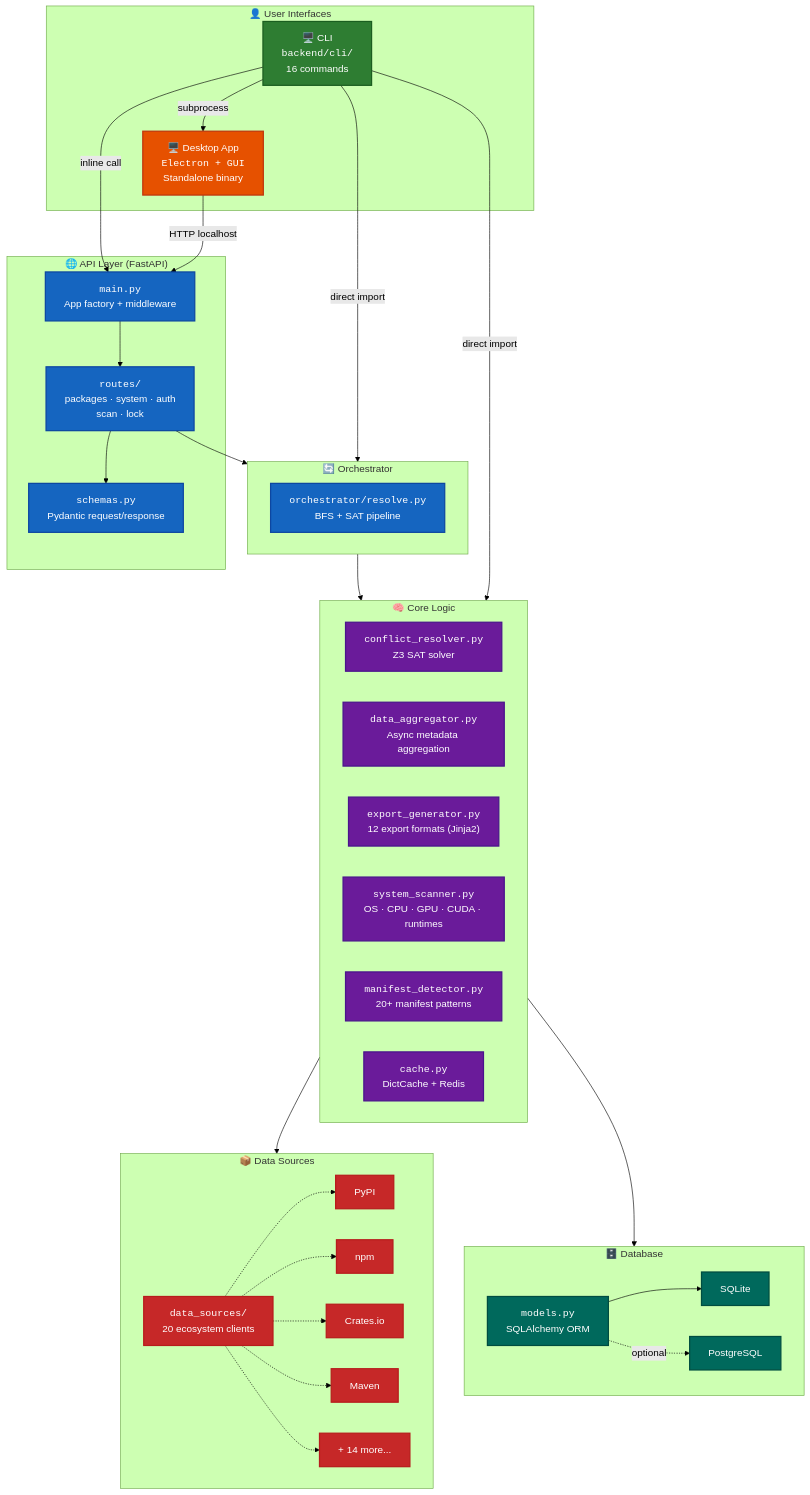
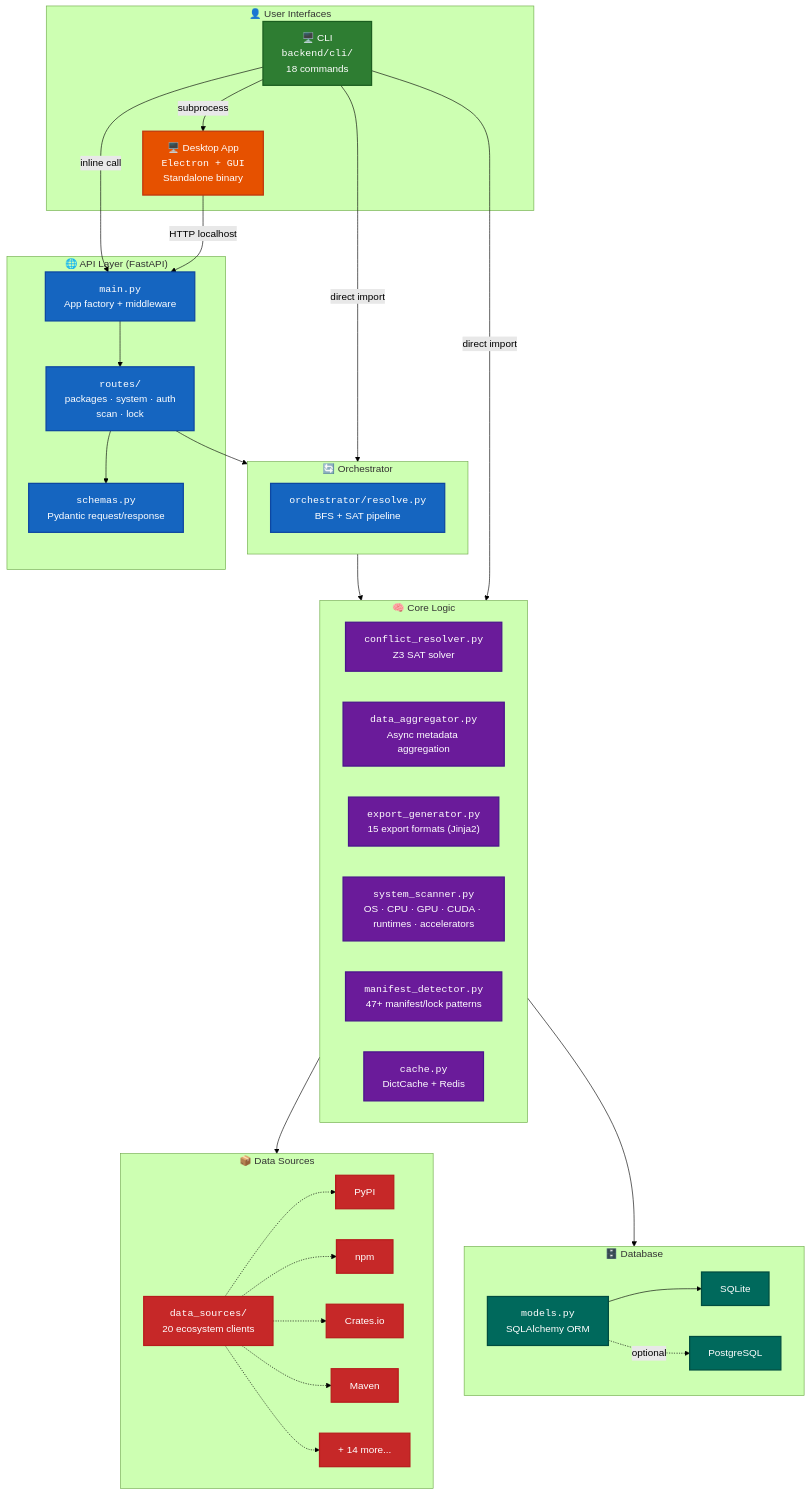
Before and after one commit to code-with-zeeshan/universal-dependency-resolver: the first of 3 diagrams in docs/ARCHITECTURE.md, drawn with Mermaid (forest theme). The commit also changed other lines of this file and 50 other files, not shown here.

First line of the commit message:
Add API routes for index management and shell completion; fix generate-lock export chaining

````diff
--- a/docs/ARCHITECTURE.md
+++ b/docs/ARCHITECTURE.md
@@ -3,67 +3,67 @@
 ```mermaid
 graph TB
     subgraph UserLayer["👤 User Interfaces"]
-        CLI["🖥️ CLI<br/><code>backend/cli/</code><br/>16 commands"]:::cli
+        CLI["🖥️ CLI<br/><code>backend/cli/</code><br/>18 commands"]:::cli
         DESKTOP["🖥️ Desktop App<br/><code>Electron + GUI</code><br/>Standalone binary"]:::desktop
     end
 
     subgraph APILayer["🌐 API Layer (FastAPI)"]
         API_MAIN["<code>main.py</code><br/>App factory + middleware"]:::api
         ROUTES["<code>routes/</code><br/>packages · system · auth<br/>scan · lock"]:::api
         SCHEMAS["<code>schemas.py</code><br/>Pydantic request/response"]:::api
     end
 
     subgraph OrchestratorLayer["🔄 Orchestrator"]
         ORCH["<code>orchestrator/resolve.py</code><br/>BFS + SAT pipeline"]:::api
     end
 
     subgraph CoreLayer["🧠 Core Logic"]
         CR["<code>conflict_resolver.py</code><br/>Z3 SAT solver"]:::core
         DA["<code>data_aggregator.py</code><br/>Async metadata aggregation"]:::core
-        EG["<code>export_generator.py</code><br/>12 export formats (Jinja2)"]:::core
-        SS["<code>system_scanner.py</code><br/>OS · CPU · GPU · CUDA · runtimes"]:::core
-        MD["<code>manifest_detector.py</code><br/>20+ manifest patterns"]:::core
+        EG["<code>export_generator.py</code><br/>15 export formats (Jinja2)"]:::core
+        SS["<code>system_scanner.py</code><br/>OS · CPU · GPU · CUDA · runtimes · accelerators"]:::core
+        MD["<code>manifest_detector.py</code><br/>47+ manifest/lock patterns"]:::core
         CACHE["<code>cache.py</code><br/>DictCache + Redis"]:::core
     end
 
     subgraph DataLayer["📦 Data Sources"]
         DS_CLIENTS["<code>data_sources/</code><br/>20 ecosystem clients"]:::data
         PYPI["PyPI"]:::data
         NPM["npm"]:::data
         CRATES["Crates.io"]:::data
         MAVEN["Maven"]:::data
         MORE["+ 14 more..."]:::data
     end
 
     subgraph DBLayer["🗄️ Database"]
         MODELS["<code>models.py</code><br/>SQLAlchemy ORM"]:::db
         SQLITE["SQLite"]:::db
         PG["PostgreSQL"]:::db
     end
 
     CLI -->|"subprocess"| DESKTOP
     DESKTOP -->|"HTTP localhost"| API_MAIN
     CLI -->|"inline call"| API_MAIN
     CLI -->|"direct import"| CoreLayer
     API_MAIN --> ROUTES
     ROUTES --> SCHEMAS
     CLI -->|"direct import"| OrchestratorLayer
     ROUTES --> OrchestratorLayer
     OrchestratorLayer --> CoreLayer
     CoreLayer --> DataLayer
     CoreLayer --> DBLayer
     DS_CLIENTS -.-> PYPI
     DS_CLIENTS -.-> NPM
     DS_CLIENTS -.-> CRATES
     DS_CLIENTS -.-> MAVEN
     DS_CLIENTS -.-> MORE
     MODELS --> SQLITE
     MODELS -.->|"optional"| PG
 
     classDef cli fill:#2e7d32,color:#fff,stroke:#1b5e20,stroke-width:2px
     classDef desktop fill:#e65100,color:#fff,stroke:#bf360c,stroke-width:2px
     classDef api fill:#1565c0,color:#fff,stroke:#0d47a1,stroke-width:2px
     classDef core fill:#6a1b9a,color:#fff,stroke:#4a148c,stroke-width:2px
     classDef data fill:#c62828,color:#fff,stroke:#b71c1c,stroke-width:2px
     classDef db fill:#00695c,color:#fff,stroke:#004d40,stroke-width:2px
 ```
````
